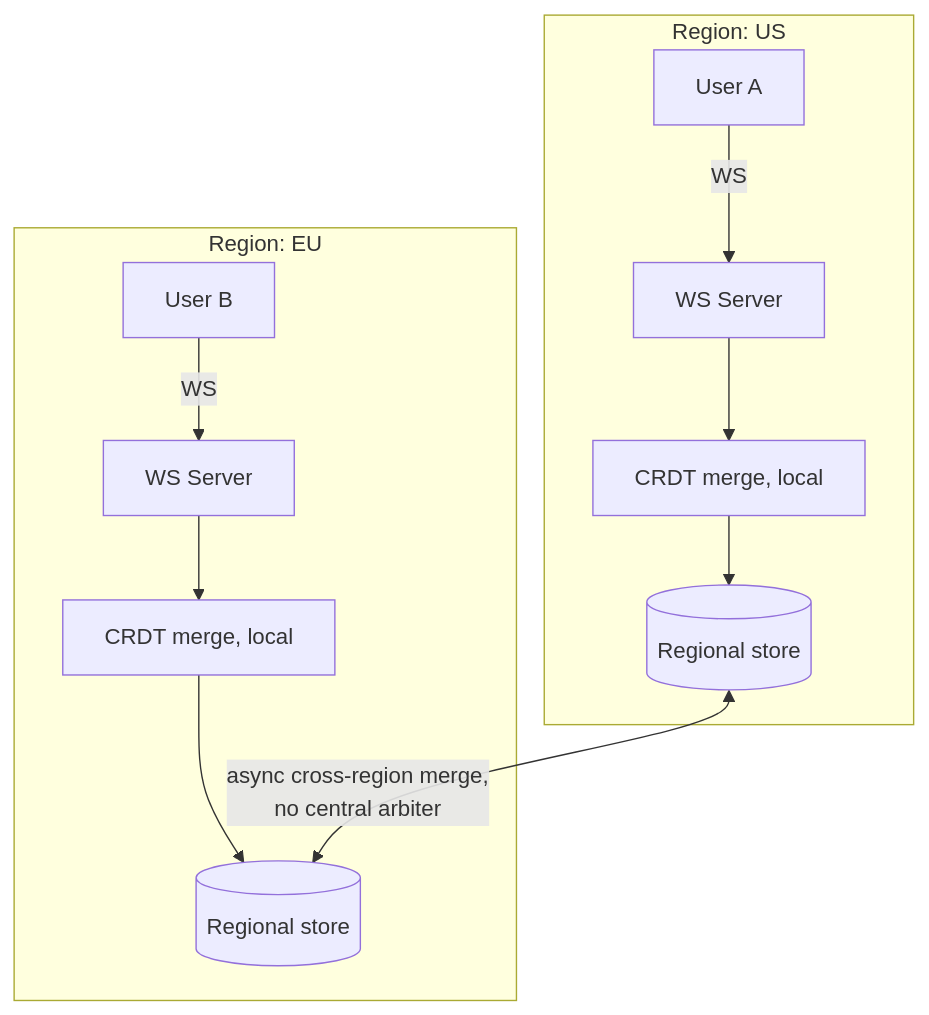
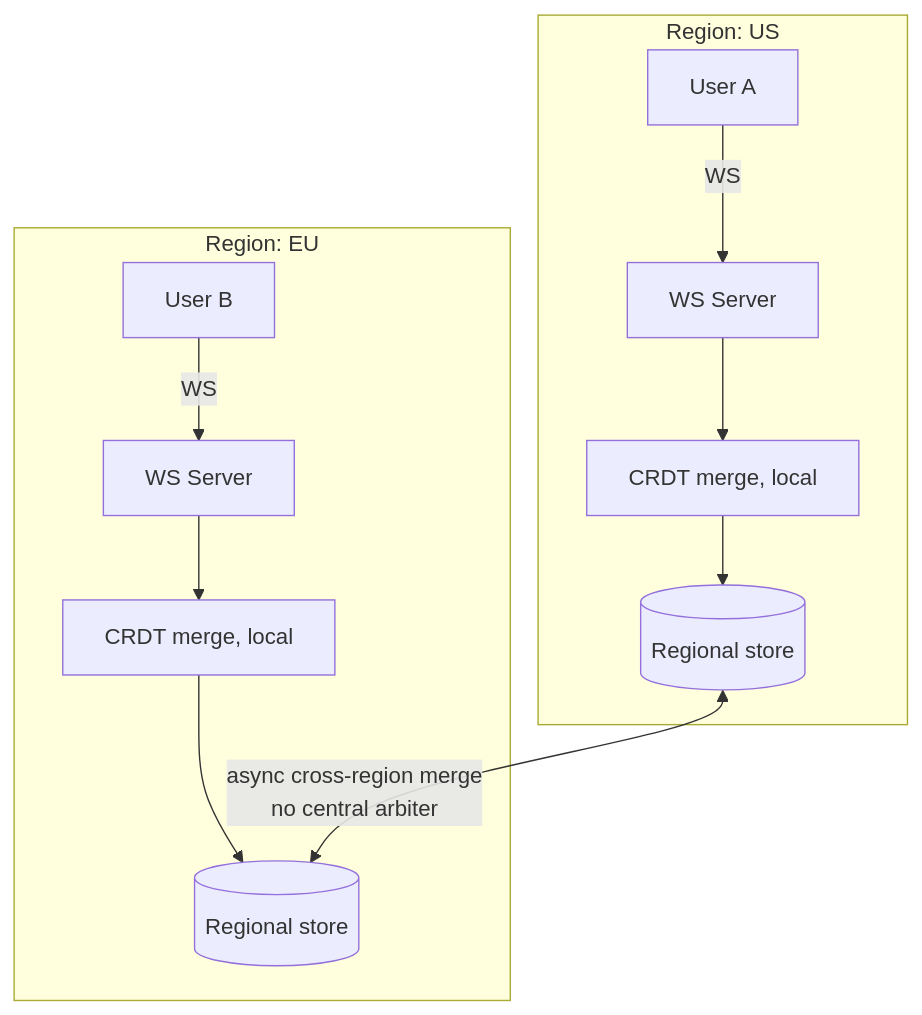
Before and after one commit to riyaz-pasha/Learnings: diagram 12 of 14 in system-design/HLD/0-course/38-Design-a-Collaborative-Document-Editing-Service-Google-Docs-FAANG-Guide-story.md, drawn with Mermaid. The commit also changed other lines of this file and 1 other file, not shown here.

Commit message:
[REWRITE] Google Docs story guide: simplify prose, add structure, fix diagrams

````diff
--- a/system-design/HLD/0-course/38-Design-a-Collaborative-Document-Editing-Service-Google-Docs-FAANG-Guide-story.md
+++ b/system-design/HLD/0-course/38-Design-a-Collaborative-Document-Editing-Service-Google-Docs-FAANG-Guide-story.md
@@ -354,14 +644,14 @@
 ```mermaid
 graph TD
-    subgraph "Region: US"
-        U1[User A] -- WS --> WS1[WS Server]
-        WS1 --> CRDT1[CRDT merge, local]
-        CRDT1 --> DB1[(Regional store)]
+    subgraph US["Region: US"]
+        U1["User A"] -- WS --> WS1["WS Server"]
+        WS1 --> CRDT1["CRDT merge, local"]
+        CRDT1 --> DB1[("Regional store")]
     end
-    subgraph "Region: EU"
-        U2[User B] -- WS --> WS2[WS Server]
-        WS2 --> CRDT2[CRDT merge, local]
-        CRDT2 --> DB2[(Regional store)]
+    subgraph EU["Region: EU"]
+        U2["User B"] -- WS --> WS2["WS Server"]
+        WS2 --> CRDT2["CRDT merge, local"]
+        CRDT2 --> DB2[("Regional store")]
     end
-    DB1 <-->|"async cross-region merge,\nno central arbiter"| DB2
+    DB1 <-->|"async cross-region merge<br/>no central arbiter"| DB2
 ```
````
